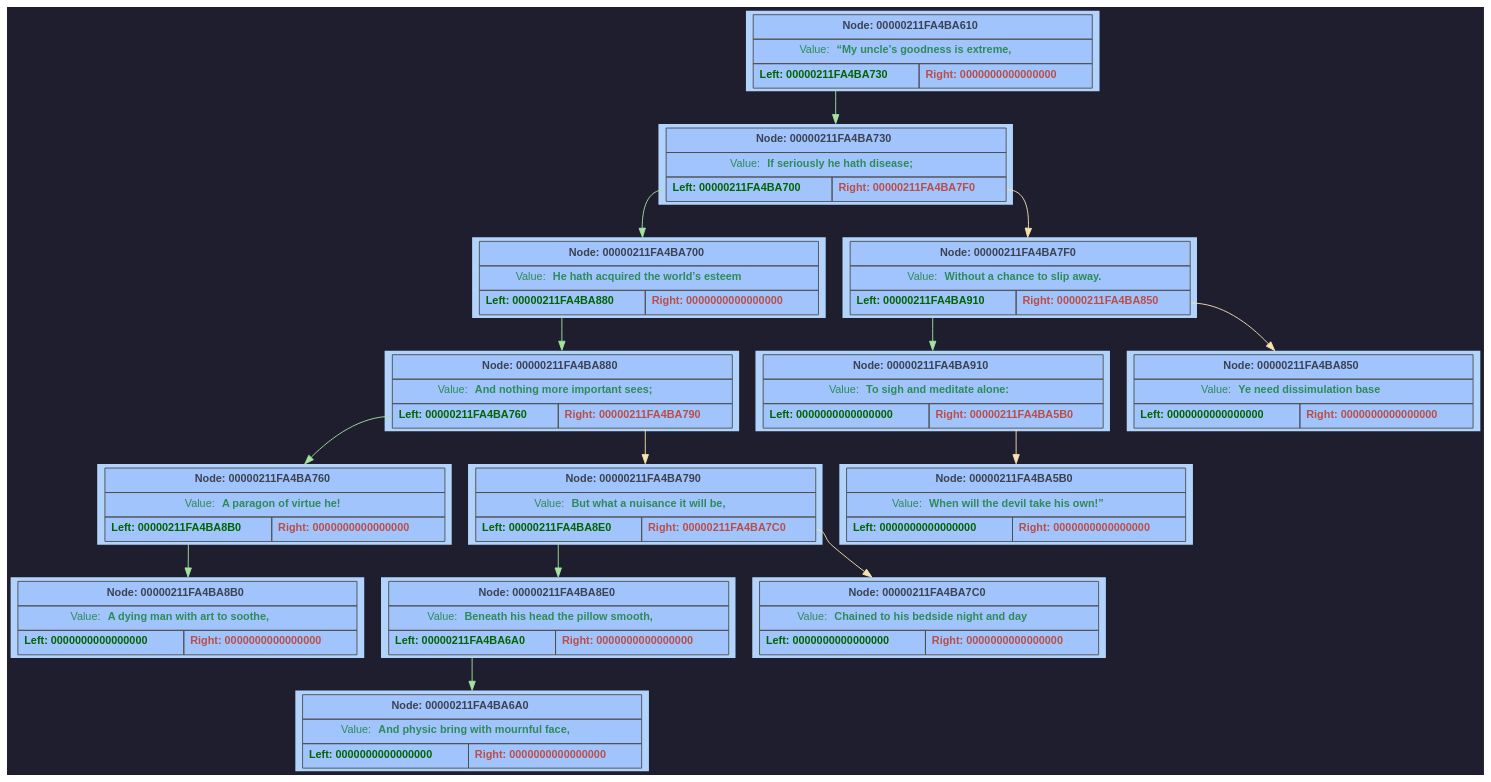
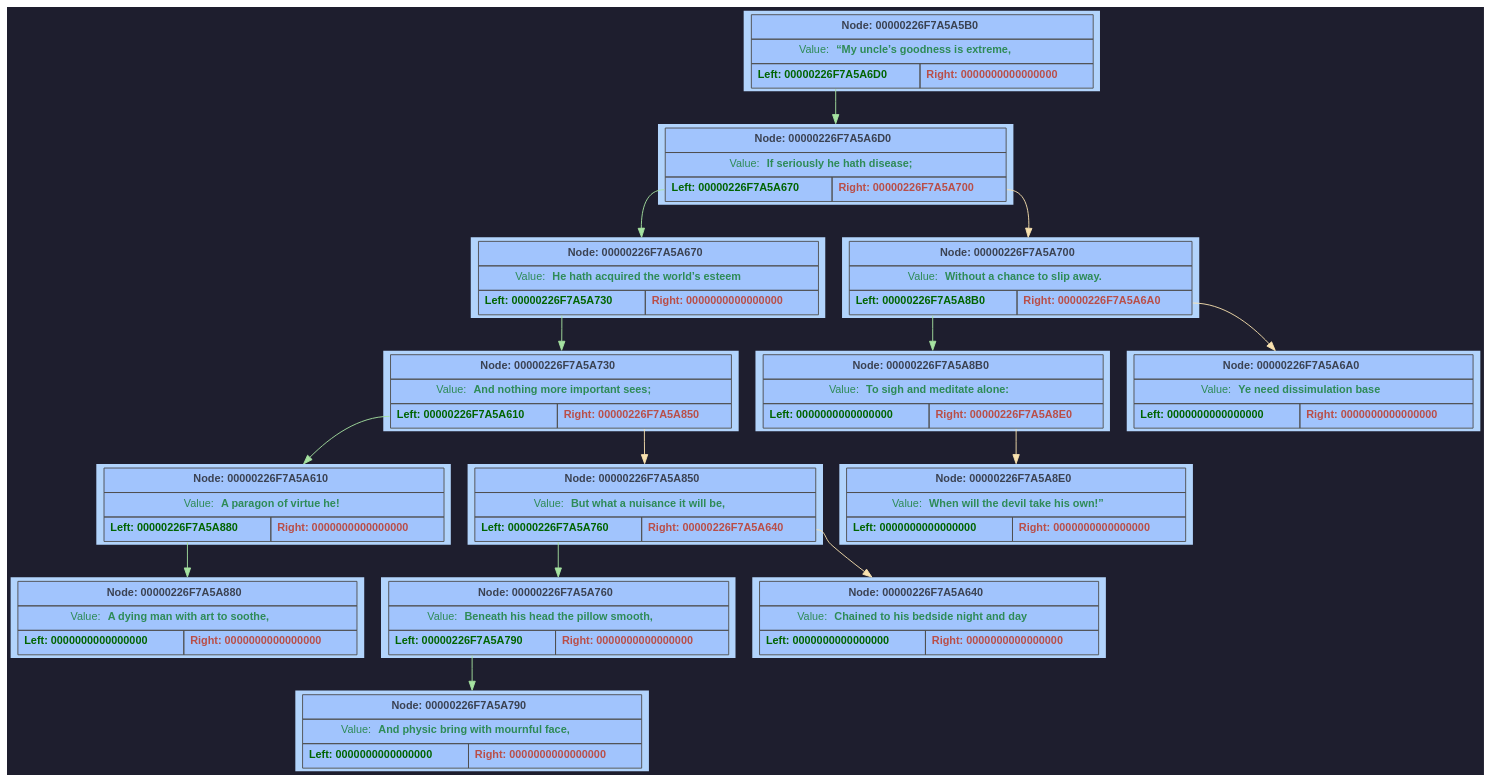
Before and after one commit to F1merhub/Binary_Tree: the diagram in OrdinaryBinaryTree/GraphDump/dump.dot, drawn with Graphviz. The commit also changed 4 other files, not shown here.

```diff
--- a/OrdinaryBinaryTree/GraphDump/dump.dot
+++ b/OrdinaryBinaryTree/GraphDump/dump.dot
@@ -2,143 +2,143 @@
 	rankdir = TB;
 	bgcolor="#1e1e2e";
 	node [shape=rectangle, style=filled, fontname=Helvetica, fontsize=12, fillcolor="#89b4fa", color="#cba6f7", fontcolor="#1e1e2e"];
-	node00000211FA4BA610 [shape=plaintext; style=filled; color="#fcf0d2"; fillcolor="#b2d4fc"; label = <
+	node00000226F7A5A5B0 [shape=plaintext; style=filled; color="#fcf0d2"; fillcolor="#b2d4fc"; label = <
 		         <table BORDER="0" CELLBORDER="1" CELLSPACING="0" CELLPADDING="6" BGCOLOR="#a1c4fd" COLOR="#4f4f4f">
-			           <tr><td align='center' colspan='2'><FONT COLOR='#3b4252'><b>Node: 00000211FA4BA610</b></FONT></td></tr>
+			           <tr><td align='center' colspan='2'><FONT COLOR='#3b4252'><b>Node: 00000226F7A5A5B0</b></FONT></td></tr>
 			           <tr><td align='center' colspan='2'><FONT COLOR='#2e8b57'>Value: <b>“My uncle’s goodness is extreme,</b></FONT></td></tr>
 			           <tr>
-			               <td WIDTH='150' PORT='left'  align='center'><FONT COLOR='#006400'><b>Left: 00000211FA4BA730</b></FONT></td>
+			               <td WIDTH='150' PORT='left'  align='center'><FONT COLOR='#006400'><b>Left: 00000226F7A5A6D0</b></FONT></td>
 			               <td WIDTH='150' PORT='right' align='center'><FONT COLOR='#b94e48'><b>Right: 0000000000000000</b></FONT></td>
 			           </tr>
 		         </table> >];
-	node00000211FA4BA730 [shape=plaintext; style=filled; color="#fcf0d2"; fillcolor="#b2d4fc"; label = <
+	node00000226F7A5A6D0 [shape=plaintext; style=filled; color="#fcf0d2"; fillcolor="#b2d4fc"; label = <
 		         <table BORDER="0" CELLBORDER="1" CELLSPACING="0" CELLPADDING="6" BGCOLOR="#a1c4fd" COLOR="#4f4f4f">
-			           <tr><td align='center' colspan='2'><FONT COLOR='#3b4252'><b>Node: 00000211FA4BA730</b></FONT></td></tr>
+			           <tr><td align='center' colspan='2'><FONT COLOR='#3b4252'><b>Node: 00000226F7A5A6D0</b></FONT></td></tr>
 			           <tr><td align='center' colspan='2'><FONT COLOR='#2e8b57'>Value: <b>If seriously he hath disease;</b></FONT></td></tr>
 			           <tr>
-			               <td WIDTH='150' PORT='left'  align='center'><FONT COLOR='#006400'><b>Left: 00000211FA4BA700</b></FONT></td>
-			               <td WIDTH='150' PORT='right' align='center'><FONT COLOR='#b94e48'><b>Right: 00000211FA4BA7F0</b></FONT></td>
+			               <td WIDTH='150' PORT='left'  align='center'><FONT COLOR='#006400'><b>Left: 00000226F7A5A670</b></FONT></td>
+			               <td WIDTH='150' PORT='right' align='center'><FONT COLOR='#b94e48'><b>Right: 00000226F7A5A700</b></FONT></td>
 			           </tr>
 		         </table> >];
-	node00000211FA4BA700 [shape=plaintext; style=filled; color="#fcf0d2"; fillcolor="#b2d4fc"; label = <
+	node00000226F7A5A670 [shape=plaintext; style=filled; color="#fcf0d2"; fillcolor="#b2d4fc"; label = <
 		         <table BORDER="0" CELLBORDER="1" CELLSPACING="0" CELLPADDING="6" BGCOLOR="#a1c4fd" COLOR="#4f4f4f">
-			           <tr><td align='center' colspan='2'><FONT COLOR='#3b4252'><b>Node: 00000211FA4BA700</b></FONT></td></tr>
+			           <tr><td align='center' colspan='2'><FONT COLOR='#3b4252'><b>Node: 00000226F7A5A670</b></FONT></td></tr>
 			           <tr><td align='center' colspan='2'><FONT COLOR='#2e8b57'>Value: <b>He hath acquired the world’s esteem</b></FONT></td></tr>
 			           <tr>
-			               <td WIDTH='150' PORT='left'  align='center'><FONT COLOR='#006400'><b>Left: 00000211FA4BA880</b></FONT></td>
+			               <td WIDTH='150' PORT='left'  align='center'><FONT COLOR='#006400'><b>Left: 00000226F7A5A730</b></FONT></td>
 			               <td WIDTH='150' PORT='right' align='center'><FONT COLOR='#b94e48'><b>Right: 0000000000000000</b></FONT></td>
 			           </tr>
 		         </table> >];
-	node00000211FA4BA880 [shape=plaintext; style=filled; color="#fcf0d2"; fillcolor="#b2d4fc"; label = <
+	node00000226F7A5A730 [shape=plaintext; style=filled; color="#fcf0d2"; fillcolor="#b2d4fc"; label = <
 		         <table BORDER="0" CELLBORDER="1" CELLSPACING="0" CELLPADDING="6" BGCOLOR="#a1c4fd" COLOR="#4f4f4f">
-			           <tr><td align='center' colspan='2'><FONT COLOR='#3b4252'><b>Node: 00000211FA4BA880</b></FONT></td></tr>
+			           <tr><td align='center' colspan='2'><FONT COLOR='#3b4252'><b>Node: 00000226F7A5A730</b></FONT></td></tr>
 			           <tr><td align='center' colspan='2'><FONT COLOR='#2e8b57'>Value: <b>And nothing more important sees;</b></FONT></td></tr>
 			           <tr>
-			               <td WIDTH='150' PORT='left'  align='center'><FONT COLOR='#006400'><b>Left: 00000211FA4BA760</b></FONT></td>
-			               <td WIDTH='150' PORT='right' align='center'><FONT COLOR='#b94e48'><b>Right: 00000211FA4BA790</b></FONT></td>
+			               <td WIDTH='150' PORT='left'  align='center'><FONT COLOR='#006400'><b>Left: 00000226F7A5A610</b></FONT></td>
+			               <td WIDTH='150' PORT='right' align='center'><FONT COLOR='#b94e48'><b>Right: 00000226F7A5A850</b></FONT></td>
 			           </tr>
 		         </table> >];
-	node00000211FA4BA760 [shape=plaintext; style=filled; color="#fcf0d2"; fillcolor="#b2d4fc"; label = <
+	node00000226F7A5A610 [shape=plaintext; style=filled; color="#fcf0d2"; fillcolor="#b2d4fc"; label = <
 		         <table BORDER="0" CELLBORDER="1" CELLSPACING="0" CELLPADDING="6" BGCOLOR="#a1c4fd" COLOR="#4f4f4f">
-			           <tr><td align='center' colspan='2'><FONT COLOR='#3b4252'><b>Node: 00000211FA4BA760</b></FONT></td></tr>
+			           <tr><td align='center' colspan='2'><FONT COLOR='#3b4252'><b>Node: 00000226F7A5A610</b></FONT></td></tr>
 			           <tr><td align='center' colspan='2'><FONT COLOR='#2e8b57'>Value: <b>A paragon of virtue he!</b></FONT></td></tr>
 			           <tr>
-			               <td WIDTH='150' PORT='left'  align='center'><FONT COLOR='#006400'><b>Left: 00000211FA4BA8B0</b></FONT></td>
+			               <td WIDTH='150' PORT='left'  align='center'><FONT COLOR='#006400'><b>Left: 00000226F7A5A880</b></FONT></td>
 			               <td WIDTH='150' PORT='right' align='center'><FONT COLOR='#b94e48'><b>Right: 0000000000000000</b></FONT></td>
 			           </tr>
 		         </table> >];
-	node00000211FA4BA8B0 [shape=plaintext; style=filled; color="#fcf0d2"; fillcolor="#b2d4fc"; label = <
+	node00000226F7A5A880 [shape=plaintext; style=filled; color="#fcf0d2"; fillcolor="#b2d4fc"; label = <
 		         <table BORDER="0" CELLBORDER="1" CELLSPACING="0" CELLPADDING="6" BGCOLOR="#a1c4fd" COLOR="#4f4f4f">
-			           <tr><td align='center' colspan='2'><FONT COLOR='#3b4252'><b>Node: 00000211FA4BA8B0</b></FONT></td></tr>
+			           <tr><td align='center' colspan='2'><FONT COLOR='#3b4252'><b>Node: 00000226F7A5A880</b></FONT></td></tr>
 			           <tr><td align='center' colspan='2'><FONT COLOR='#2e8b57'>Value: <b>A dying man with art to soothe,</b></FONT></td></tr>
 			           <tr>
 			               <td WIDTH='150' PORT='left'  align='center'><FONT COLOR='#006400'><b>Left: 0000000000000000</b></FONT></td>
 			               <td WIDTH='150' PORT='right' align='center'><FONT COLOR='#b94e48'><b>Right: 0000000000000000</b></FONT></td>
 			           </tr>
 		         </table> >];
-	node00000211FA4BA760:left -> node00000211FA4BA8B0 [color="#a6e3a1"]
-	node00000211FA4BA880:left -> node00000211FA4BA760 [color="#a6e3a1"]
-	node00000211FA4BA790 [shape=plaintext; style=filled; color="#fcf0d2"; fillcolor="#b2d4fc"; label = <
+	node00000226F7A5A610:left -> node00000226F7A5A880 [color="#a6e3a1"]
+	node00000226F7A5A730:left -> node00000226F7A5A610 [color="#a6e3a1"]
+	node00000226F7A5A850 [shape=plaintext; style=filled; color="#fcf0d2"; fillcolor="#b2d4fc"; label = <
 		         <table BORDER="0" CELLBORDER="1" CELLSPACING="0" CELLPADDING="6" BGCOLOR="#a1c4fd" COLOR="#4f4f4f">
-			           <tr><td align='center' colspan='2'><FONT COLOR='#3b4252'><b>Node: 00000211FA4BA790</b></FONT></td></tr>
+			           <tr><td align='center' colspan='2'><FONT COLOR='#3b4252'><b>Node: 00000226F7A5A850</b></FONT></td></tr>
 			           <tr><td align='center' colspan='2'><FONT COLOR='#2e8b57'>Value: <b>But what a nuisance it will be,</b></FONT></td></tr>
 			           <tr>
-			               <td WIDTH='150' PORT='left'  align='center'><FONT COLOR='#006400'><b>Left: 00000211FA4BA8E0</b></FONT></td>
-			               <td WIDTH='150' PORT='right' align='center'><FONT COLOR='#b94e48'><b>Right: 00000211FA4BA7C0</b></FONT></td>
+			               <td WIDTH='150' PORT='left'  align='center'><FONT COLOR='#006400'><b>Left: 00000226F7A5A760</b></FONT></td>
+			               <td WIDTH='150' PORT='right' align='center'><FONT COLOR='#b94e48'><b>Right: 00000226F7A5A640</b></FONT></td>
 			           </tr>
 		         </table> >];
-	node00000211FA4BA8E0 [shape=plaintext; style=filled; color="#fcf0d2"; fillcolor="#b2d4fc"; label = <
+	node00000226F7A5A760 [shape=plaintext; style=filled; color="#fcf0d2"; fillcolor="#b2d4fc"; label = <
 		         <table BORDER="0" CELLBORDER="1" CELLSPACING="0" CELLPADDING="6" BGCOLOR="#a1c4fd" COLOR="#4f4f4f">
-			           <tr><td align='center' colspan='2'><FONT COLOR='#3b4252'><b>Node: 00000211FA4BA8E0</b></FONT></td></tr>
+			           <tr><td align='center' colspan='2'><FONT COLOR='#3b4252'><b>Node: 00000226F7A5A760</b></FONT></td></tr>
 			           <tr><td align='center' colspan='2'><FONT COLOR='#2e8b57'>Value: <b>Beneath his head the pillow smooth,</b></FONT></td></tr>
 			           <tr>
-			               <td WIDTH='150' PORT='left'  align='center'><FONT COLOR='#006400'><b>Left: 00000211FA4BA6A0</b></FONT></td>
+			               <td WIDTH='150' PORT='left'  align='center'><FONT COLOR='#006400'><b>Left: 00000226F7A5A790</b></FONT></td>
 			               <td WIDTH='150' PORT='right' align='center'><FONT COLOR='#b94e48'><b>Right: 0000000000000000</b></FONT></td>
 			           </tr>
 		         </table> >];
-	node00000211FA4BA6A0 [shape=plaintext; style=filled; color="#fcf0d2"; fillcolor="#b2d4fc"; label = <
+	node00000226F7A5A790 [shape=plaintext; style=filled; color="#fcf0d2"; fillcolor="#b2d4fc"; label = <
 		         <table BORDER="0" CELLBORDER="1" CELLSPACING="0" CELLPADDING="6" BGCOLOR="#a1c4fd" COLOR="#4f4f4f">
-			           <tr><td align='center' colspan='2'><FONT COLOR='#3b4252'><b>Node: 00000211FA4BA6A0</b></FONT></td></tr>
+			           <tr><td align='center' colspan='2'><FONT COLOR='#3b4252'><b>Node: 00000226F7A5A790</b></FONT></td></tr>
 			           <tr><td align='center' colspan='2'><FONT COLOR='#2e8b57'>Value: <b>And physic bring with mournful face,</b></FONT></td></tr>
 			           <tr>
 			               <td WIDTH='150' PORT='left'  align='center'><FONT COLOR='#006400'><b>Left: 0000000000000000</b></FONT></td>
 			               <td WIDTH='150' PORT='right' align='center'><FONT COLOR='#b94e48'><b>Right: 0000000000000000</b></FONT></td>
 			           </tr>
 		         </table> >];
-	node00000211FA4BA8E0:left -> node00000211FA4BA6A0 [color="#a6e3a1"]
-	node00000211FA4BA790:left -> node00000211FA4BA8E0 [color="#a6e3a1"]
-	node00000211FA4BA7C0 [shape=plaintext; style=filled; color="#fcf0d2"; fillcolor="#b2d4fc"; label = <
+	node00000226F7A5A760:left -> node00000226F7A5A790 [color="#a6e3a1"]
+	node00000226F7A5A850:left -> node00000226F7A5A760 [color="#a6e3a1"]
+	node00000226F7A5A640 [shape=plaintext; style=filled; color="#fcf0d2"; fillcolor="#b2d4fc"; label = <
 		         <table BORDER="0" CELLBORDER="1" CELLSPACING="0" CELLPADDING="6" BGCOLOR="#a1c4fd" COLOR="#4f4f4f">
-			           <tr><td align='center' colspan='2'><FONT COLOR='#3b4252'><b>Node: 00000211FA4BA7C0</b></FONT></td></tr>
+			           <tr><td align='center' colspan='2'><FONT COLOR='#3b4252'><b>Node: 00000226F7A5A640</b></FONT></td></tr>
 			           <tr><td align='center' colspan='2'><FONT COLOR='#2e8b57'>Value: <b>Chained to his bedside night and day</b></FONT></td></tr>
 			           <tr>
 			               <td WIDTH='150' PORT='left'  align='center'><FONT COLOR='#006400'><b>Left: 0000000000000000</b></FONT></td>
 			               <td WIDTH='150' PORT='right' align='center'><FONT COLOR='#b94e48'><b>Right: 0000000000000000</b></FONT></td>
 			           </tr>
 		         </table> >];
-	node00000211FA4BA790:right -> node00000211FA4BA7C0 [color="#f9e2af"]
-	node00000211FA4BA880:right -> node00000211FA4BA790 [color="#f9e2af"]
-	node00000211FA4BA700:left -> node00000211FA4BA880 [color="#a6e3a1"]
-	node00000211FA4BA730:left -> node00000211FA4BA700 [color="#a6e3a1"]
-	node00000211FA4BA7F0 [shape=plaintext; style=filled; color="#fcf0d2"; fillcolor="#b2d4fc"; label = <
+	node00000226F7A5A850:right -> node00000226F7A5A640 [color="#f9e2af"]
+	node00000226F7A5A730:right -> node00000226F7A5A850 [color="#f9e2af"]
+	node00000226F7A5A670:left -> node00000226F7A5A730 [color="#a6e3a1"]
+	node00000226F7A5A6D0:left -> node00000226F7A5A670 [color="#a6e3a1"]
+	node00000226F7A5A700 [shape=plaintext; style=filled; color="#fcf0d2"; fillcolor="#b2d4fc"; label = <
 		         <table BORDER="0" CELLBORDER="1" CELLSPACING="0" CELLPADDING="6" BGCOLOR="#a1c4fd" COLOR="#4f4f4f">
-			           <tr><td align='center' colspan='2'><FONT COLOR='#3b4252'><b>Node: 00000211FA4BA7F0</b></FONT></td></tr>
+			           <tr><td align='center' colspan='2'><FONT COLOR='#3b4252'><b>Node: 00000226F7A5A700</b></FONT></td></tr>
 			           <tr><td align='center' colspan='2'><FONT COLOR='#2e8b57'>Value: <b>Without a chance to slip away.</b></FONT></td></tr>
 			           <tr>
-			               <td WIDTH='150' PORT='left'  align='center'><FONT COLOR='#006400'><b>Left: 00000211FA4BA910</b></FONT></td>
-			               <td WIDTH='150' PORT='right' align='center'><FONT COLOR='#b94e48'><b>Right: 00000211FA4BA850</b></FONT></td>
+			               <td WIDTH='150' PORT='left'  align='center'><FONT COLOR='#006400'><b>Left: 00000226F7A5A8B0</b></FONT></td>
+			               <td WIDTH='150' PORT='right' align='center'><FONT COLOR='#b94e48'><b>Right: 00000226F7A5A6A0</b></FONT></td>
 			           </tr>
 		         </table> >];
-	node00000211FA4BA910 [shape=plaintext; style=filled; color="#fcf0d2"; fillcolor="#b2d4fc"; label = <
+	node00000226F7A5A8B0 [shape=plaintext; style=filled; color="#fcf0d2"; fillcolor="#b2d4fc"; label = <
 		         <table BORDER="0" CELLBORDER="1" CELLSPACING="0" CELLPADDING="6" BGCOLOR="#a1c4fd" COLOR="#4f4f4f">
-			           <tr><td align='center' colspan='2'><FONT COLOR='#3b4252'><b>Node: 00000211FA4BA910</b></FONT></td></tr>
+			           <tr><td align='center' colspan='2'><FONT COLOR='#3b4252'><b>Node: 00000226F7A5A8B0</b></FONT></td></tr>
 			           <tr><td align='center' colspan='2'><FONT COLOR='#2e8b57'>Value: <b>To sigh and meditate alone:</b></FONT></td></tr>
 			           <tr>
 			               <td WIDTH='150' PORT='left'  align='center'><FONT COLOR='#006400'><b>Left: 0000000000000000</b></FONT></td>
-			               <td WIDTH='150' PORT='right' align='center'><FONT COLOR='#b94e48'><b>Right: 00000211FA4BA5B0</b></FONT></td>
+			               <td WIDTH='150' PORT='right' align='center'><FONT COLOR='#b94e48'><b>Right: 00000226F7A5A8E0</b></FONT></td>
 			           </tr>
 		         </table> >];
-	node00000211FA4BA5B0 [shape=plaintext; style=filled; color="#fcf0d2"; fillcolor="#b2d4fc"; label = <
+	node00000226F7A5A8E0 [shape=plaintext; style=filled; color="#fcf0d2"; fillcolor="#b2d4fc"; label = <
 		         <table BORDER="0" CELLBORDER="1" CELLSPACING="0" CELLPADDING="6" BGCOLOR="#a1c4fd" COLOR="#4f4f4f">
-			           <tr><td align='center' colspan='2'><FONT COLOR='#3b4252'><b>Node: 00000211FA4BA5B0</b></FONT></td></tr>
+			           <tr><td align='center' colspan='2'><FONT COLOR='#3b4252'><b>Node: 00000226F7A5A8E0</b></FONT></td></tr>
 			           <tr><td align='center' colspan='2'><FONT COLOR='#2e8b57'>Value: <b>When will the devil take his own!”</b></FONT></td></tr>
 			           <tr>
 			               <td WIDTH='150' PORT='left'  align='center'><FONT COLOR='#006400'><b>Left: 0000000000000000</b></FONT></td>
 			               <td WIDTH='150' PORT='right' align='center'><FONT COLOR='#b94e48'><b>Right: 0000000000000000</b></FONT></td>
 			           </tr>
 		         </table> >];
-	node00000211FA4BA910:right -> node00000211FA4BA5B0 [color="#f9e2af"]
-	node00000211FA4BA7F0:left -> node00000211FA4BA910 [color="#a6e3a1"]
-	node00000211FA4BA850 [shape=plaintext; style=filled; color="#fcf0d2"; fillcolor="#b2d4fc"; label = <
+	node00000226F7A5A8B0:right -> node00000226F7A5A8E0 [color="#f9e2af"]
+	node00000226F7A5A700:left -> node00000226F7A5A8B0 [color="#a6e3a1"]
+	node00000226F7A5A6A0 [shape=plaintext; style=filled; color="#fcf0d2"; fillcolor="#b2d4fc"; label = <
 		         <table BORDER="0" CELLBORDER="1" CELLSPACING="0" CELLPADDING="6" BGCOLOR="#a1c4fd" COLOR="#4f4f4f">
-			           <tr><td align='center' colspan='2'><FONT COLOR='#3b4252'><b>Node: 00000211FA4BA850</b></FONT></td></tr>
+			           <tr><td align='center' colspan='2'><FONT COLOR='#3b4252'><b>Node: 00000226F7A5A6A0</b></FONT></td></tr>
 			           <tr><td align='center' colspan='2'><FONT COLOR='#2e8b57'>Value: <b>Ye need dissimulation base</b></FONT></td></tr>
 			           <tr>
 			               <td WIDTH='150' PORT='left'  align='center'><FONT COLOR='#006400'><b>Left: 0000000000000000</b></FONT></td>
 			               <td WIDTH='150' PORT='right' align='center'><FONT COLOR='#b94e48'><b>Right: 0000000000000000</b></FONT></td>
 			           </tr>
 		         </table> >];
-	node00000211FA4BA7F0:right -> node00000211FA4BA850 [color="#f9e2af"]
-	node00000211FA4BA730:right -> node00000211FA4BA7F0 [color="#f9e2af"]
-	node00000211FA4BA610:left -> node00000211FA4BA730 [color="#a6e3a1"]
+	node00000226F7A5A700:right -> node00000226F7A5A6A0 [color="#f9e2af"]
+	node00000226F7A5A6D0:right -> node00000226F7A5A700 [color="#f9e2af"]
+	node00000226F7A5A5B0:left -> node00000226F7A5A6D0 [color="#a6e3a1"]
 }
```
